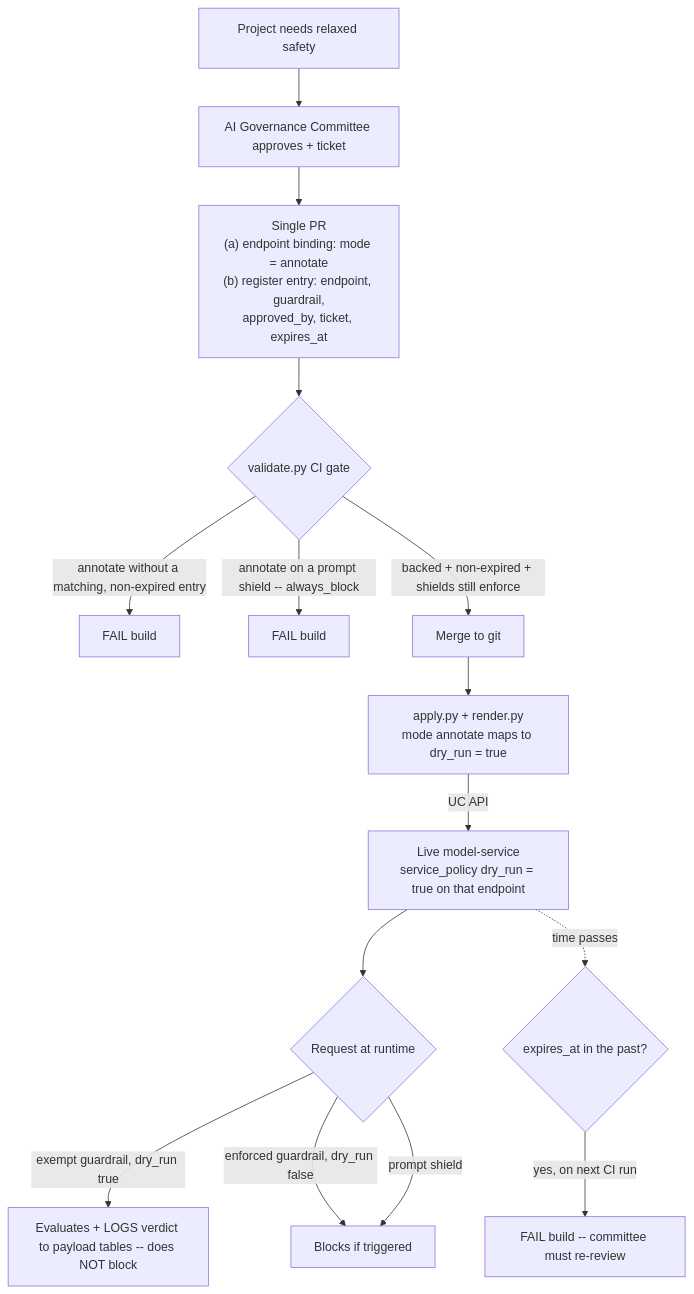
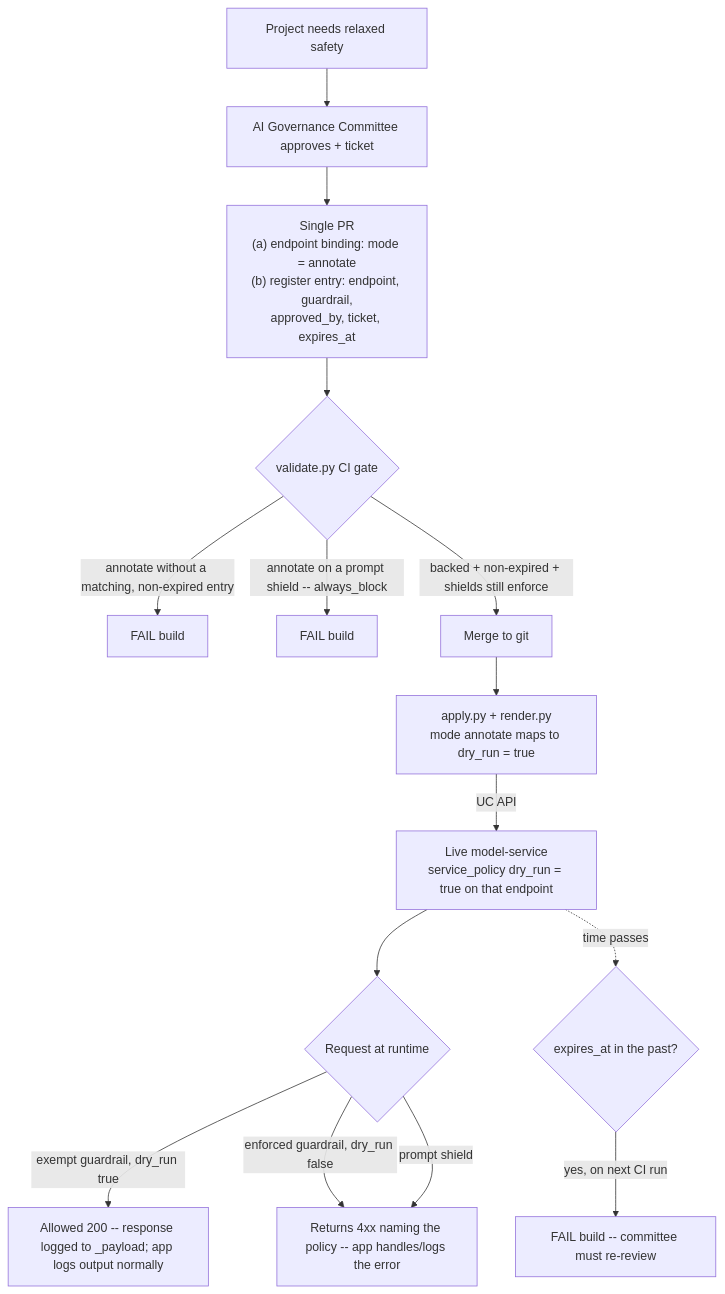
The second of 2 diagrams in docs/design.md (marcjimz/gateway-content-filters), drawn with Mermaid before and after one commit. The commit also changed other lines of this file and 2 other files, not shown here.

Commit message:
Correct observability framing + add bin/demo.sh
- design.md: guardrail decisions are returned in-band (4xx names the policy;
  apps handle/log via normal error handling). Accurate audit story:
  system.ai_gateway.usage = central status ledger; <name>_payload = allowed
  request/response. Drop the unsubstantiated "gateway persists verdicts" /
  "annotate logs its verdict" claims; fix the exception-flow diagram nodes.
- bin/demo.sh: terminal walkthrough — show policy-as-code, deploy via apply.py,
  query a bad input (BLOCK, policy named) and a good input (ALLOW).

````diff
--- a/docs/design.md
+++ b/docs/design.md
@@ -133,17 +134,17 @@
 ```mermaid
 flowchart TD
     REQ[Project needs relaxed safety] --> CMTE[AI Governance Committee approves + ticket]
     CMTE --> PR["Single PR<br/>(a) endpoint binding: mode = annotate<br/>(b) register entry: endpoint, guardrail,<br/>approved_by, ticket, expires_at"]
     PR --> CI{validate.py CI gate}
     CI -->|annotate without a matching, non-expired entry| F1[FAIL build]
     CI -->|annotate on a prompt shield -- always_block| F2[FAIL build]
     CI -->|backed + non-expired + shields still enforce| MERGE[Merge to git]
     MERGE --> APPLY["apply.py + render.py<br/>mode annotate maps to dry_run = true"]
     APPLY -->|UC API| LIVE["Live model-service<br/>service_policy dry_run = true on that endpoint"]
     LIVE --> RT{Request at runtime}
-    RT -->|exempt guardrail, dry_run true| LOG[Evaluates + LOGS verdict to payload tables -- does NOT block]
-    RT -->|enforced guardrail, dry_run false| BLK[Blocks if triggered]
+    RT -->|exempt guardrail, dry_run true| LOG[Allowed 200 -- response logged to _payload; app logs output normally]
+    RT -->|enforced guardrail, dry_run false| BLK[Returns 4xx naming the policy -- app handles/logs the error]
     RT -->|prompt shield| BLK
     LIVE -. time passes .-> EXP{expires_at in the past?}
     EXP -->|yes, on next CI run| F3[FAIL build -- committee must re-review]
 ```
````
